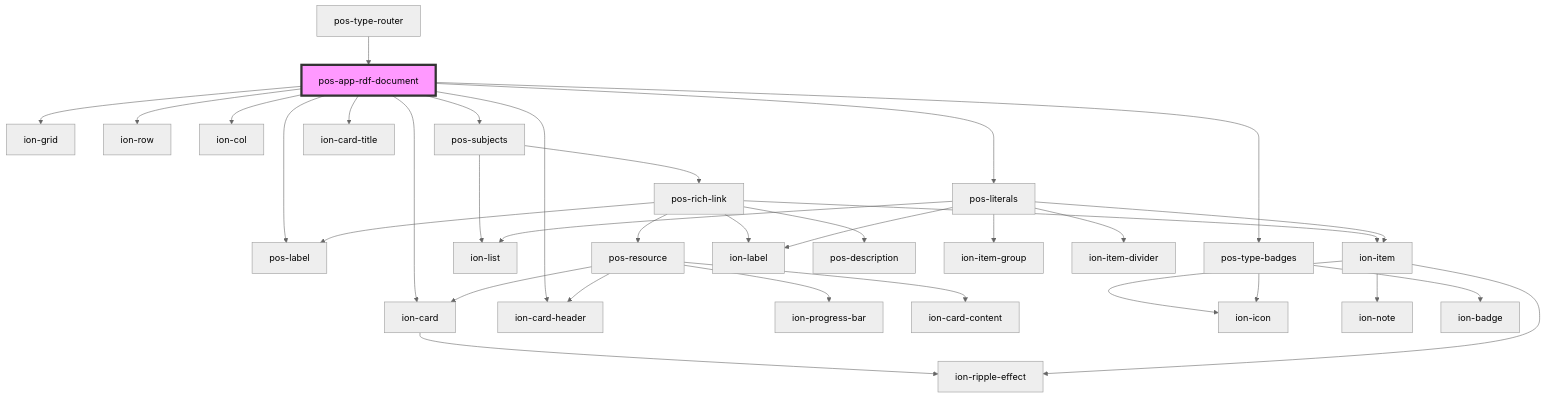
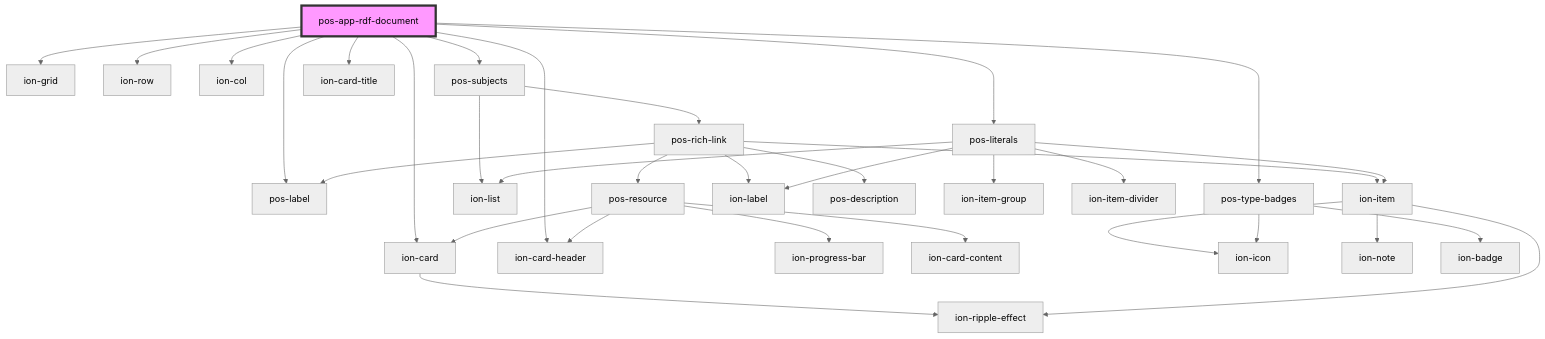
The diagram in docs/elements/apps/pos-app-rdf-document/readme.md (pod-os/PodOS), drawn with Mermaid (neutral theme) before and after one commit. The commit also changed other lines of this file and 10 other files, not shown here.

````diff
--- a/docs/elements/apps/pos-app-rdf-document/readme.md
+++ b/docs/elements/apps/pos-app-rdf-document/readme.md
@@ -28,37 +24,36 @@
 ```mermaid
 graph TD;
   pos-app-rdf-document --> ion-grid
   pos-app-rdf-document --> ion-row
   pos-app-rdf-document --> ion-col
   pos-app-rdf-document --> pos-subjects
   pos-app-rdf-document --> ion-card
   pos-app-rdf-document --> ion-card-header
   pos-app-rdf-document --> ion-card-title
   pos-app-rdf-document --> pos-label
   pos-app-rdf-document --> pos-type-badges
   pos-app-rdf-document --> pos-literals
   pos-subjects --> pos-rich-link
   pos-subjects --> ion-list
   pos-rich-link --> pos-resource
   pos-rich-link --> ion-item
   pos-rich-link --> ion-label
   pos-rich-link --> pos-label
   pos-rich-link --> pos-description
   pos-resource --> ion-progress-bar
   pos-resource --> ion-card
   pos-resource --> ion-card-header
   pos-resource --> ion-card-content
   ion-card --> ion-ripple-effect
   ion-item --> ion-icon
   ion-item --> ion-ripple-effect
   ion-item --> ion-note
   pos-type-badges --> ion-badge
   pos-type-badges --> ion-icon
   pos-literals --> ion-item-group
   pos-literals --> ion-item-divider
   pos-literals --> ion-label
   pos-literals --> ion-item
   pos-literals --> ion-list
-  pos-type-router --> pos-app-rdf-document
   style pos-app-rdf-document fill:#f9f,stroke:#333,stroke-width:4px
 ```
````
